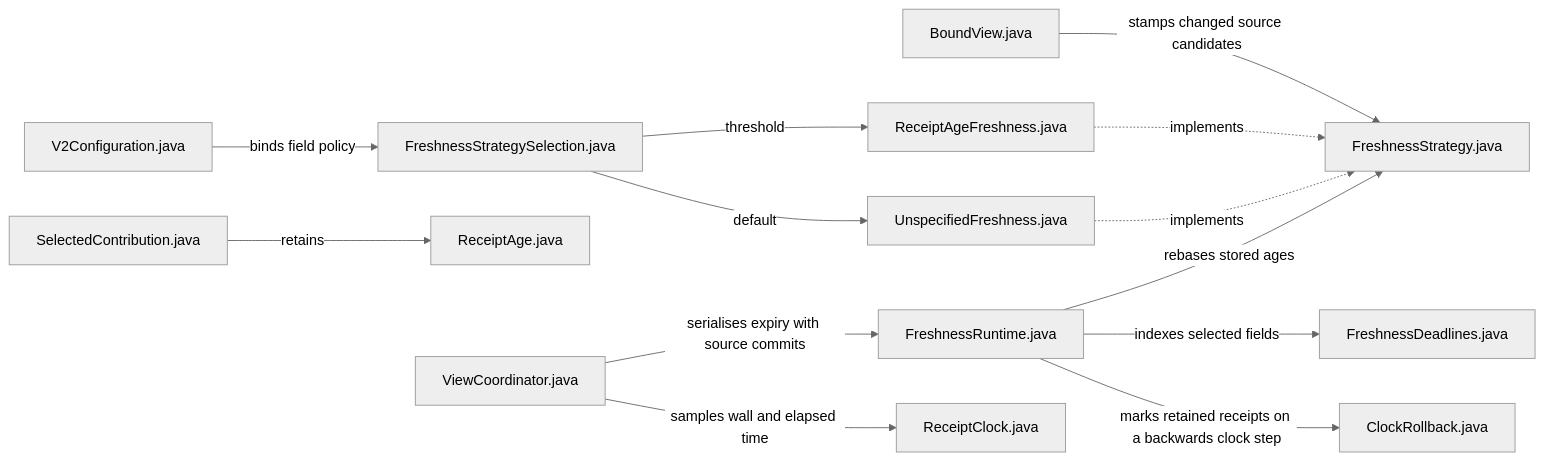
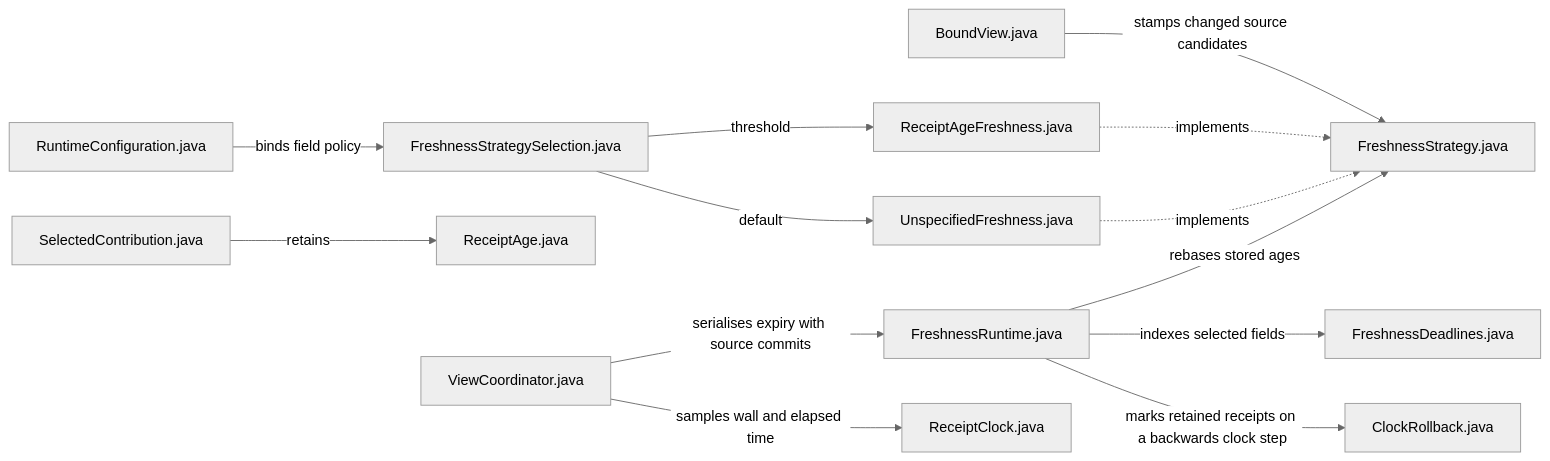
The third of 7 diagrams in zooglass/docs/source-map.md (sproates/zooglass), drawn with Mermaid (neutral theme) before and after one commit. The commit also changed other lines of this file and 451 other files, not shown here.

````diff
--- a/zooglass/docs/source-map.md
+++ b/zooglass/docs/source-map.md
@@ -58,15 +58,15 @@
 ```mermaid
 flowchart LR
-  config["V2Configuration.java"] -->|binds field policy| select["FreshnessStrategySelection.java"]
+  config["RuntimeConfiguration.java"] -->|binds field policy| select["FreshnessStrategySelection.java"]
   select -->|default| unspecified["UnspecifiedFreshness.java"]
   select -->|threshold| age["ReceiptAgeFreshness.java"]
   bound["BoundView.java"] -->|stamps changed source candidates| policy["FreshnessStrategy.java"]
   age -.->|implements| policy
   unspecified -.->|implements| policy
   candidate["SelectedContribution.java"] -->|retains| receipt["ReceiptAge.java"]
   runtime["ViewCoordinator.java"] -->|serialises expiry with source commits| timing["FreshnessRuntime.java"]
   timing -->|indexes selected fields| queue["FreshnessDeadlines.java"]
   runtime -->|samples wall and elapsed time| clock["ReceiptClock.java"]
   timing -->|marks retained receipts on a backwards clock step| rollback["ClockRollback.java"]
   timing -->|rebases stored ages| policy
 ```
````
